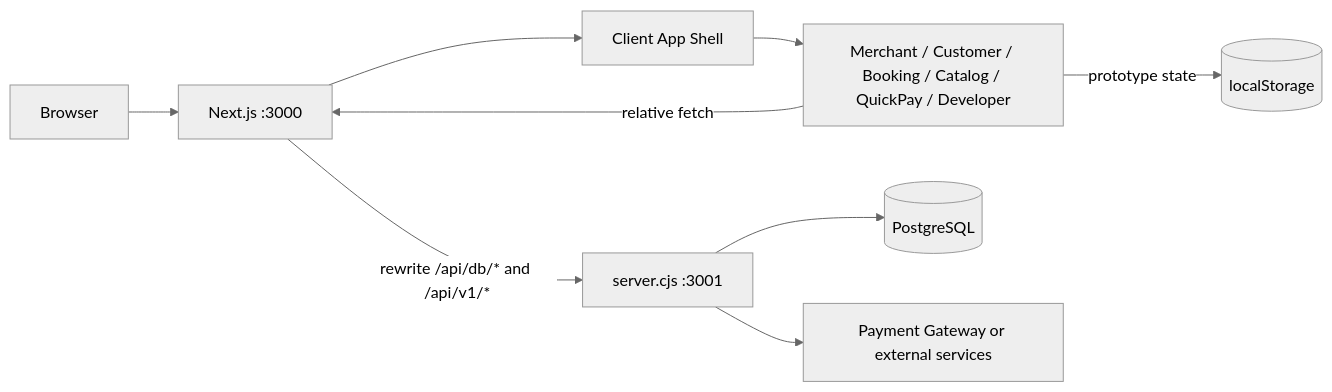
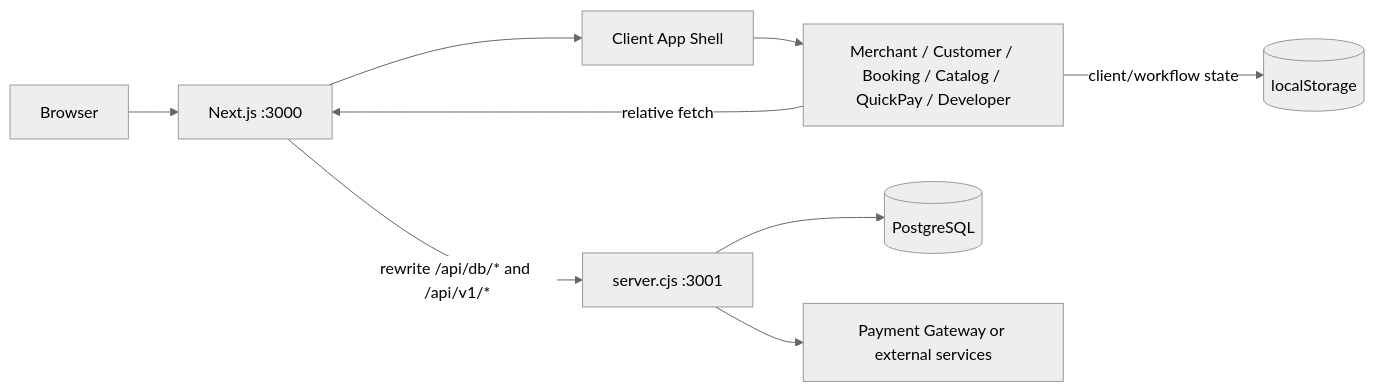
Before and after one commit to haiphee-por/chatpos-react: the first of 2 diagrams in docs/DEVELOPER_GUIDE.md, drawn with Mermaid (neutral theme). The commit also changed other lines of this file and 16 other files, not shown here.

````diff
--- a/docs/DEVELOPER_GUIDE.md
+++ b/docs/DEVELOPER_GUIDE.md
@@ -22,11 +22,11 @@
 ```mermaid
 flowchart LR
     Browser[Browser] --> Next[Next.js :3000]
     Next --> Shell[Client App Shell]
     Shell --> Views[Merchant / Customer / Booking / Catalog / QuickPay / Developer]
     Next -->|rewrite /api/db/* and /api/v1/*| API[server.cjs :3001]
     Views -->|relative fetch| Next
     API --> DB[(PostgreSQL)]
-    Views -->|prototype state| Local[(localStorage)]
+    Views -->|client/workflow state| Local[(localStorage)]
     API --> External[Payment Gateway or external services]
 ```
````
